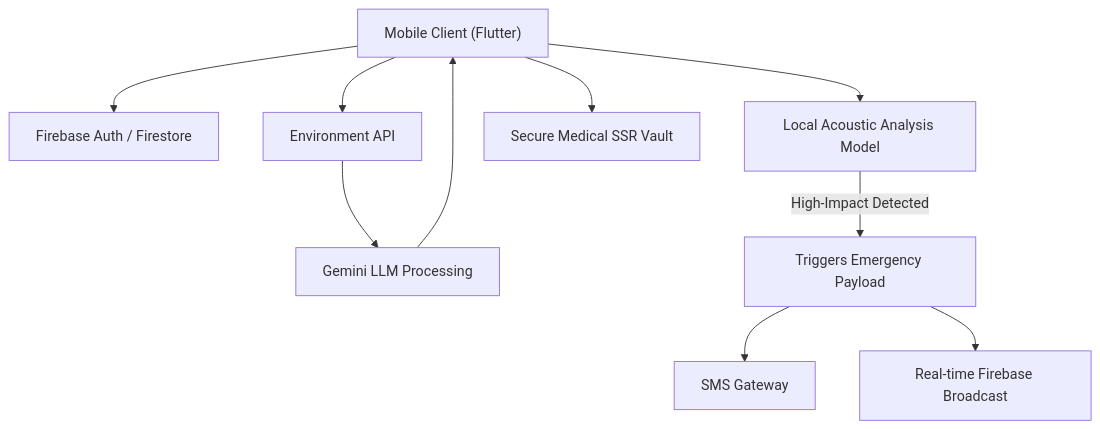
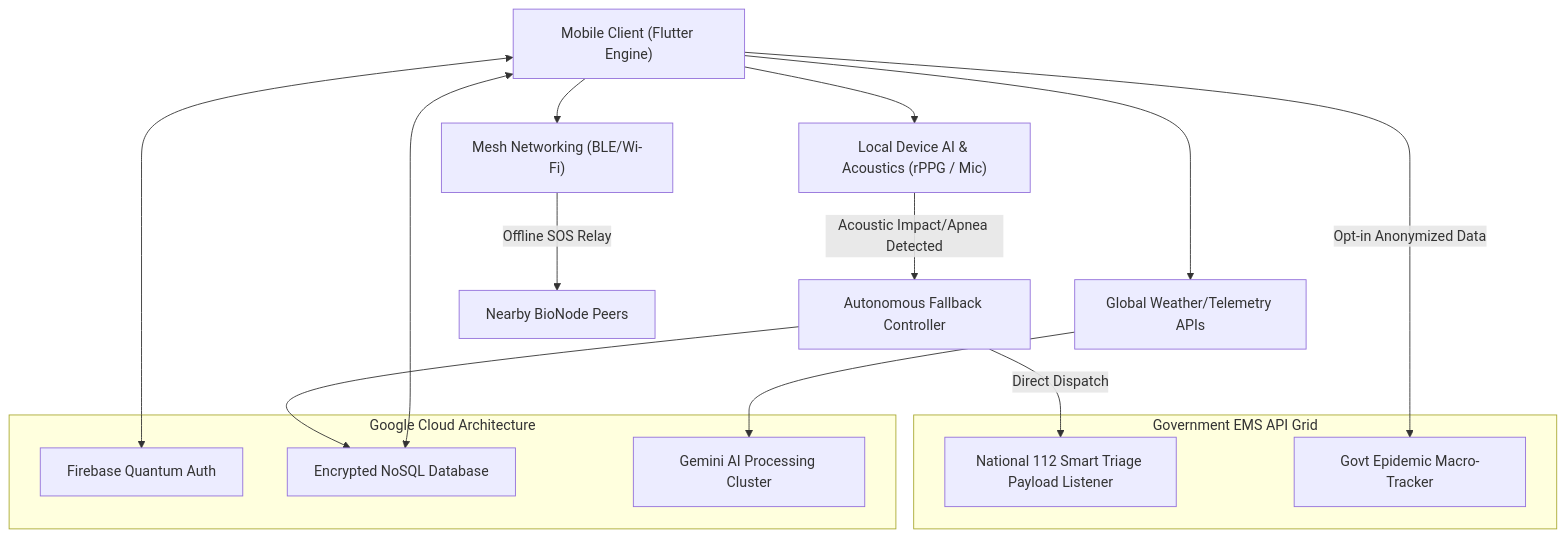
The diagram in README.md (developer-gaurang/BioNode-AI_Upgraded-version), drawn with Mermaid before and after one commit. The commit also changed other lines of this file, not shown here.

Commit message:
Docs: Transformed README to world-class standard featuring all 14 Sci-Fi architecture pillars

````diff
--- a/README.md
+++ b/README.md
@@ -37,12 +63,27 @@
 ```mermaid
 graph TD;
-    Client["Mobile Client (Flutter)"] --> IAM["Firebase Auth / Firestore"];
-    Client --> Env["Environment API"];
-    Env --> Gemini["Gemini LLM Processing"];
-    Gemini --> Client;
-    Client --> Audio["Local Acoustic Analysis Model"];
-    Audio -- "High-Impact Detected" --> SOS["Triggers Emergency Payload"];
-    SOS --> SMS["SMS Gateway"];
-    SOS --> Map["Real-time Firebase Broadcast"];
-    Client --> Vault["Secure Medical SSR Vault"];
+    User["Mobile Client (Flutter Engine)"] --> Edge["Local Device AI & Acoustics (rPPG / Mic)"];
+    User --> Hardware["Mesh Networking (BLE/Wi-Fi)"];
+    
+    subgraph Google Cloud Architecture
+        IAM["Firebase Quantum Auth"]
+        Firestore["Encrypted NoSQL Database"]
+        Gemini["Gemini AI Processing Cluster"]
+    end
+    
+    subgraph Government EMS API Grid
+        TriageAPI["National 112 Smart Triage Payload Listener"]
+        Heatmap["Govt Epidemic Macro-Tracker"]
+    end
+    
+    User <--> IAM;
+    User <--> Firestore;
+    User --> Env["Global Weather/Telemetry APIs"] --> Gemini;
+    
+    Edge -- "Acoustic Impact/Apnea Detected" --> SOS["Autonomous Fallback Controller"];
+    SOS --> Firestore;
+    SOS -- "Direct Dispatch" --> TriageAPI;
+    
+    Hardware -- "Offline SOS Relay" --> Peer["Nearby BioNode Peers"];
+    User -- "Opt-in Anonymized Data" --> Heatmap;
 ```
````
